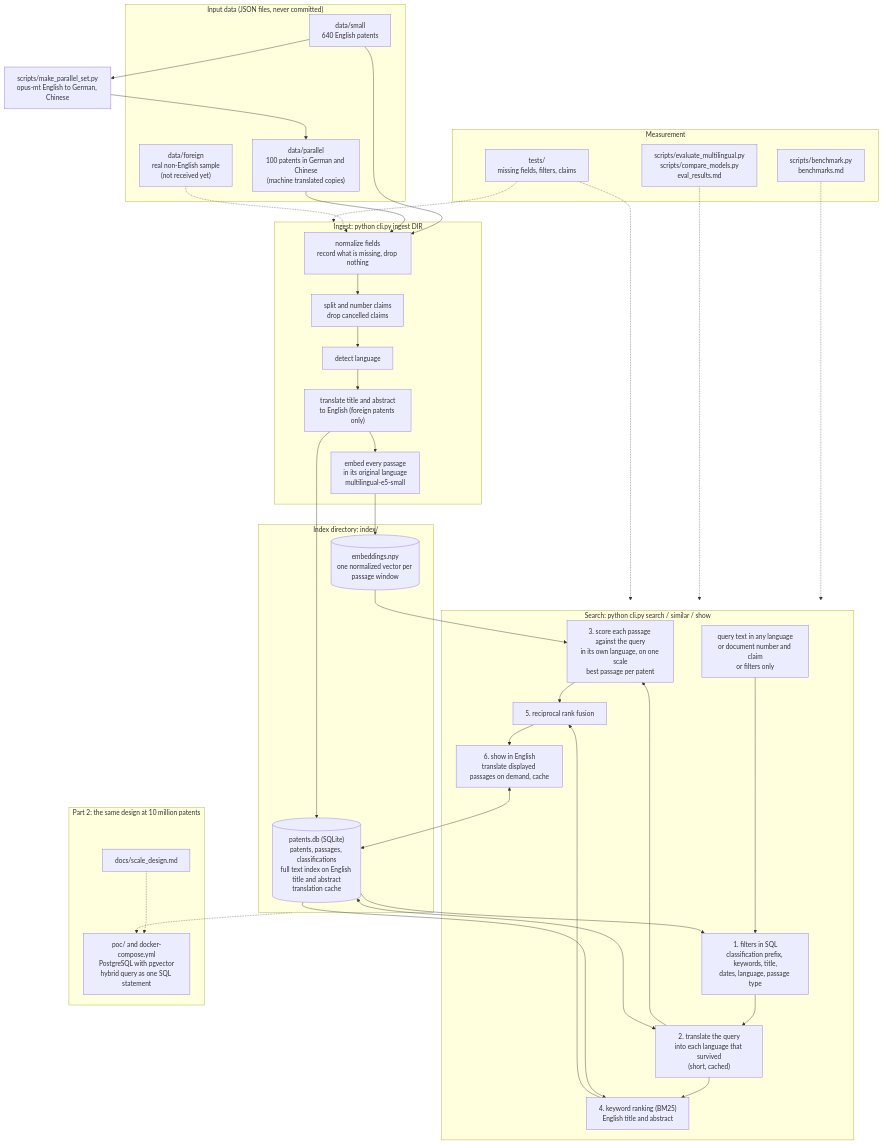
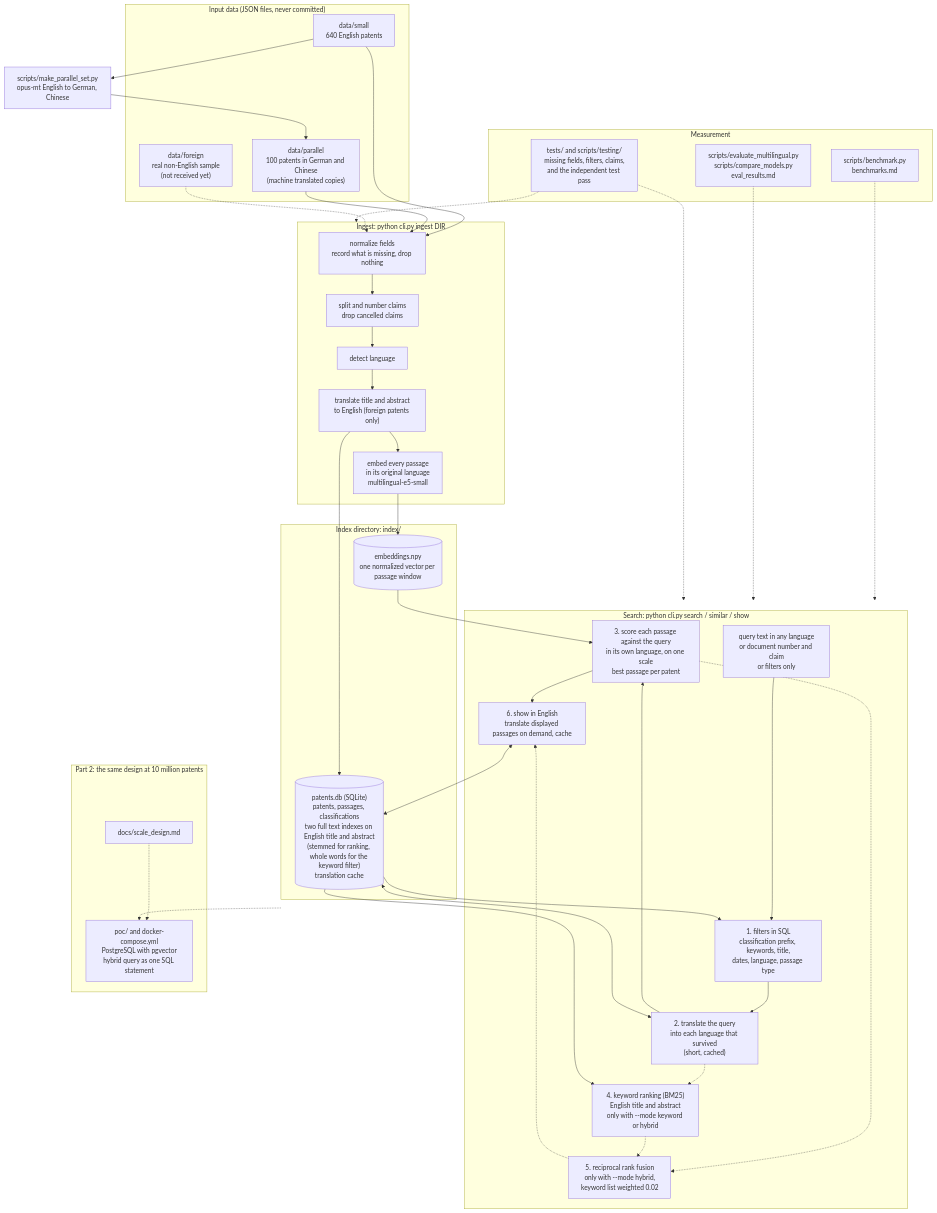
One commit to tairanhabib/thinkstruct-patent-search changed the diagram in docs/architecture.md. Above: the diagram before and after it, drawn with Mermaid. The commit also changed other lines of this file and 9 other files, not shown here.

````diff
--- a/docs/architecture.md
+++ b/docs/architecture.md
@@ -5,64 +5,65 @@
 ```mermaid
 flowchart TD
     subgraph IN["Input data (JSON files, never committed)"]
         small["data/small<br/>640 English patents"]
         parallel["data/parallel<br/>100 patents in German and Chinese<br/>(machine translated copies)"]
         foreign["data/foreign<br/>real non-English sample<br/>(not received yet)"]
     end
 
     mk["scripts/make_parallel_set.py<br/>opus-mt English to German, Chinese"]
     small --> mk --> parallel
 
     subgraph ING["Ingest: python cli.py ingest DIR"]
         norm["normalize fields<br/>record what is missing, drop nothing"]
         claims["split and number claims<br/>drop cancelled claims"]
         lang["detect language"]
         tr1["translate title and abstract<br/>to English (foreign patents only)"]
         emb["embed every passage<br/>in its original language<br/>multilingual-e5-small"]
         norm --> claims --> lang --> tr1 --> emb
     end
     small --> norm
     parallel --> norm
     foreign -.-> norm
 
     subgraph IDX["Index directory: index/"]
-        db[("patents.db (SQLite)<br/>patents, passages, classifications<br/>full text index on English title and abstract<br/>translation cache")]
+        db[("patents.db (SQLite)<br/>patents, passages, classifications<br/>two full text indexes on English title and abstract<br/>(stemmed for ranking, whole words for the keyword filter)<br/>translation cache")]
         vec[("embeddings.npy<br/>one normalized vector per passage window")]
     end
     tr1 --> db
     emb --> vec
 
     subgraph SRCH["Search: python cli.py search / similar / show"]
         q["query text in any language<br/>or document number and claim<br/>or filters only"]
         filt["1. filters in SQL<br/>classification prefix, keywords, title,<br/>dates, language, passage type"]
         tq["2. translate the query<br/>into each language that survived<br/>(short, cached)"]
         sem["3. score each passage against the query<br/>in its own language, on one scale<br/>best passage per patent"]
-        kw["4. keyword ranking (BM25)<br/>English title and abstract"]
-        rrf["5. reciprocal rank fusion"]
+        kw["4. keyword ranking (BM25)<br/>English title and abstract<br/>only with --mode keyword or hybrid"]
+        rrf["5. reciprocal rank fusion<br/>only with --mode hybrid,<br/>keyword list weighted 0.02"]
         show["6. show in English<br/>translate displayed passages on demand, cache"]
-        q --> filt --> tq --> sem --> rrf --> show
-        tq --> kw --> rrf
+        q --> filt --> tq --> sem --> show
+        sem -.-> rrf -.-> show
+        tq -.-> kw -.-> rrf
     end
     db --> filt
     db --> kw
     vec --> sem
     show <--> db
     tq <--> db
 
     subgraph MEAS["Measurement"]
         bench["scripts/benchmark.py<br/>benchmarks.md"]
         evalm["scripts/evaluate_multilingual.py<br/>scripts/compare_models.py<br/>eval_results.md"]
-        tests["tests/<br/>missing fields, filters, claims"]
+        tests["tests/ and scripts/testing/<br/>missing fields, filters, claims,<br/>and the independent test pass"]
     end
     bench -.-> SRCH
     evalm -.-> SRCH
     tests -.-> ING
     tests -.-> SRCH
 
     subgraph P2["Part 2: the same design at 10 million patents"]
         design["docs/scale_design.md"]
         poc["poc/ and docker-compose.yml<br/>PostgreSQL with pgvector<br/>hybrid query as one SQL statement"]
     end
     IDX -.-> poc
     design -.-> poc
 ```
````
